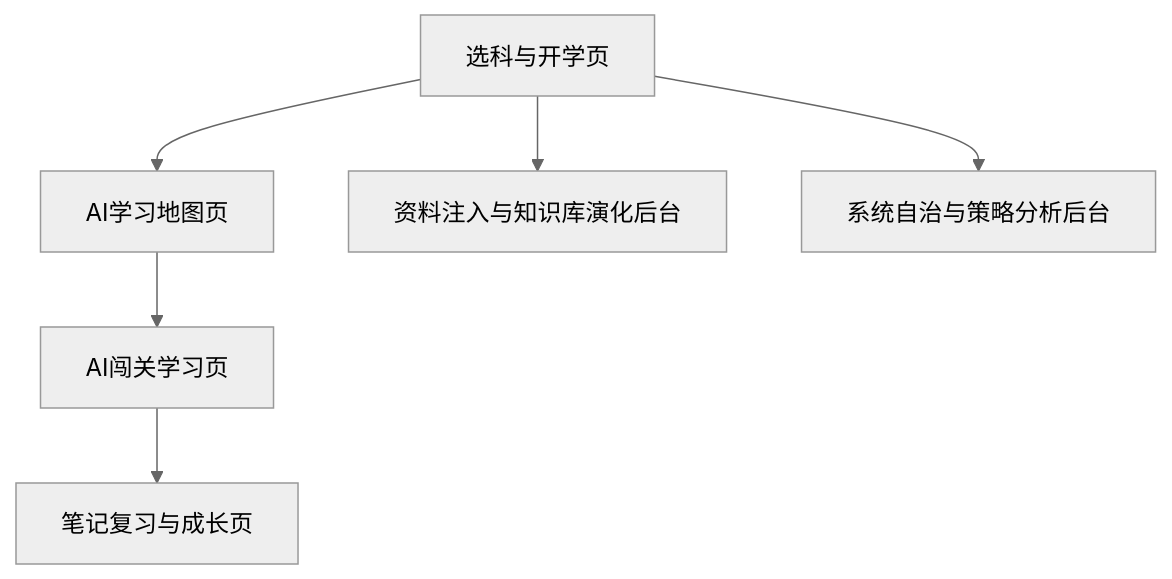
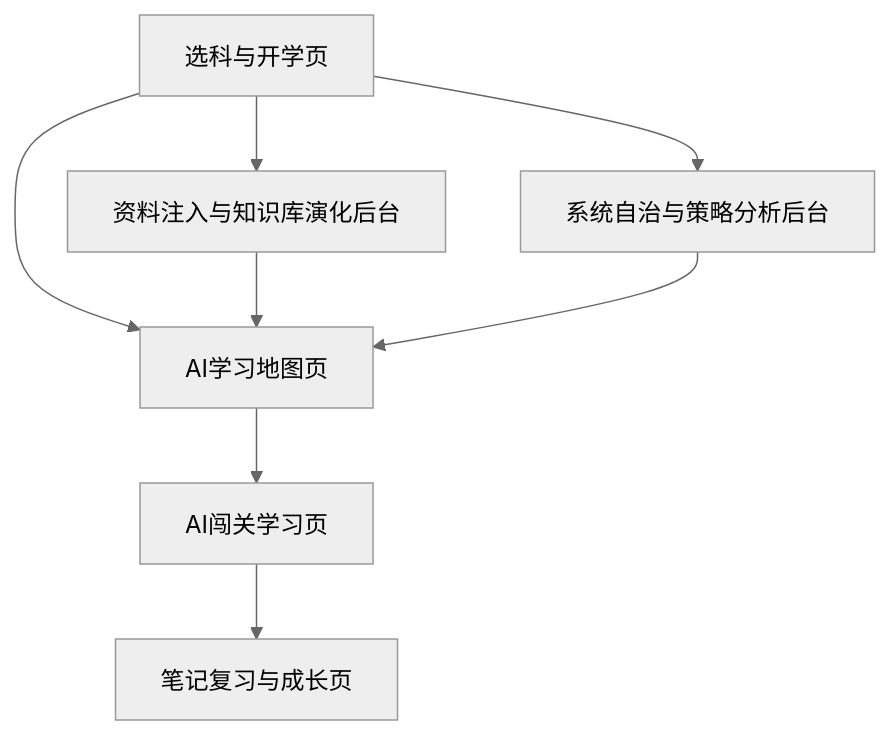
The second of 4 diagrams in doc/作品文档/03-页面与交互设计.md (chenqsq/doc-showcase), drawn with Mermaid (neutral theme) before and after one commit. The commit also changed other lines of this file, not shown here.

````diff
--- a/doc/作品文档/03-页面与交互设计.md
+++ b/doc/作品文档/03-页面与交互设计.md
@@ -28,8 +73,10 @@
 ```mermaid
 flowchart TB
-    A[选科与开学页] --> B[AI学习地图页]
-    B --> C[AI闯关学习页]
-    C --> D[笔记复习与成长页]
-    A --> E[资料注入与知识库演化后台]
-    A --> F[系统自治与策略分析后台]
+    A["选科与开学页"] --> B["AI学习地图页"]
+    B --> C["AI闯关学习页"]
+    C --> D["笔记复习与成长页"]
+    A --> E["资料注入与知识库演化后台"]
+    A --> F["系统自治与策略分析后台"]
+    E --> B
+    F --> B
 ```
````
